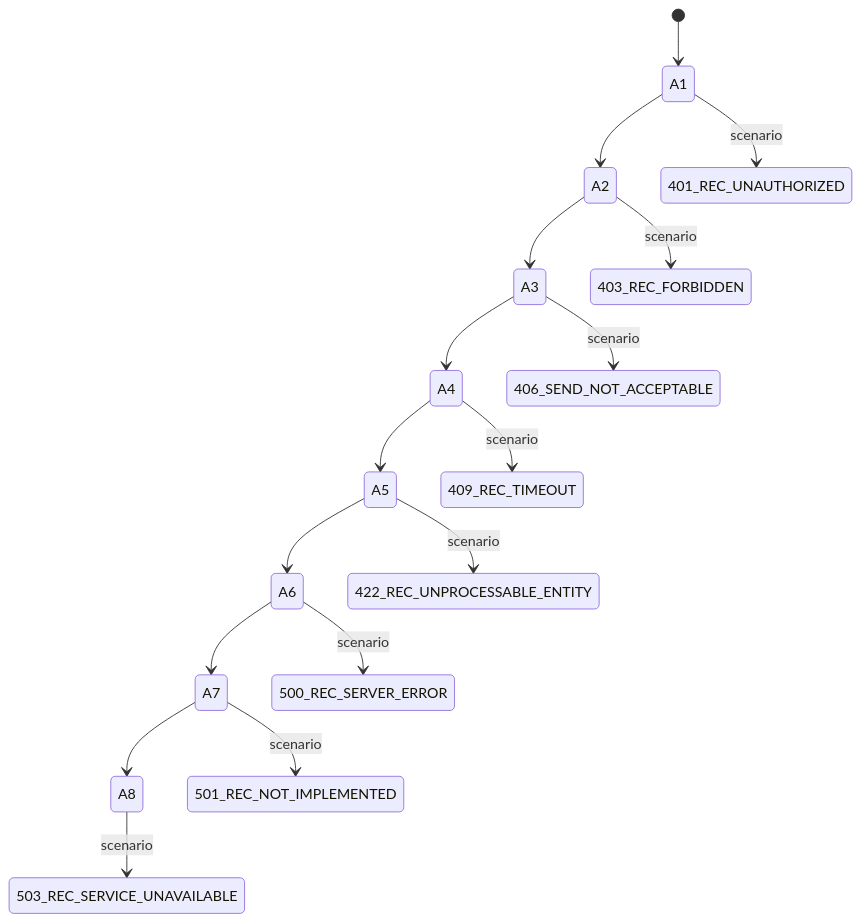
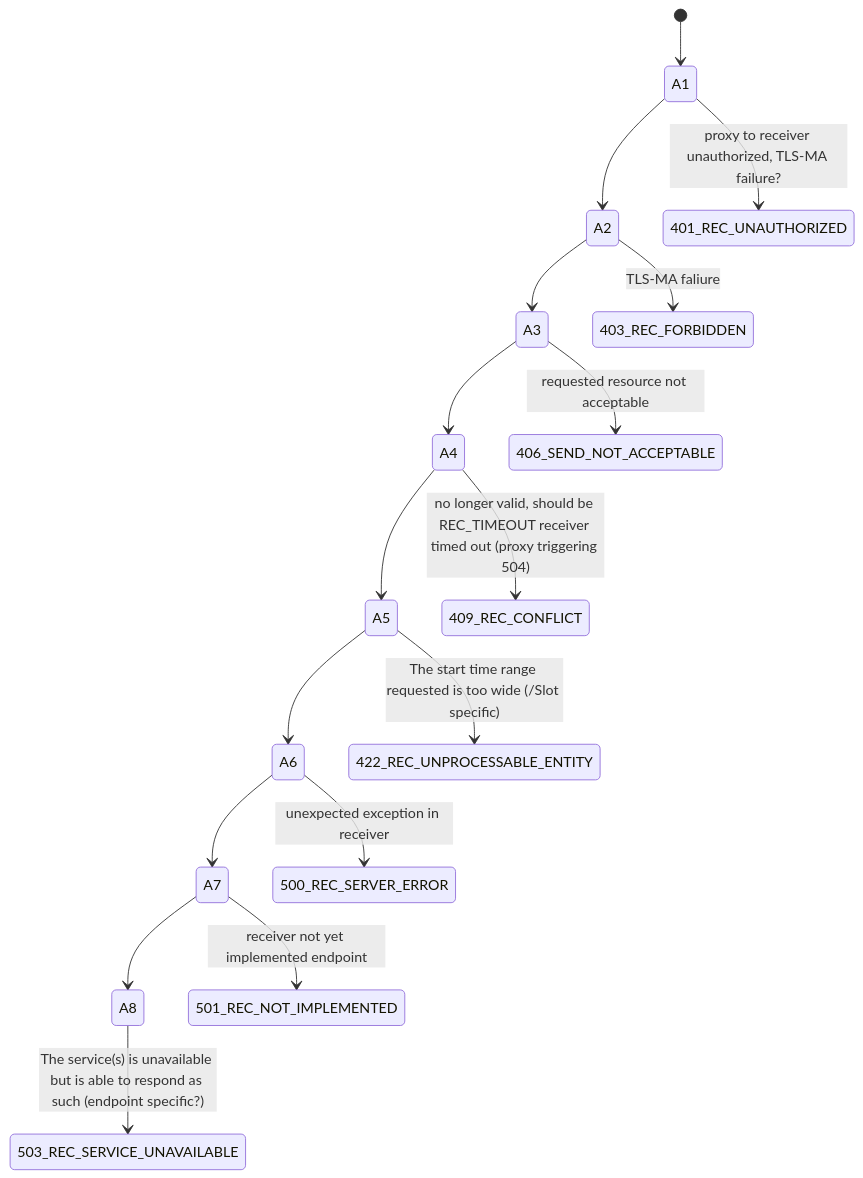
The second of 10 diagrams in specification/error-processing-flow.md (NHSDigital/booking-and-referral-fhir-api), drawn with Mermaid before and after one commit. The commit also changed other lines of this file, not shown here.

Commit message:
AMB-1297 update general errors (implemented)

````diff
--- a/specification/error-processing-flow.md
+++ b/specification/error-processing-flow.md
@@ -34,21 +34,21 @@
 ```mermaid
 stateDiagram-v2
     [*] --> A1
     A1 --> A2
     A2 --> A3
     A3 --> A4
     A4 --> A5
     A5 --> A6
     A6 --> A7
     A7 --> A8
 
 
-    A1 --> 401_REC_UNAUTHORIZED: scenario
-    A2 --> 403_REC_FORBIDDEN: scenario
-    A3 --> 406_SEND_NOT_ACCEPTABLE: scenario
-    A4 --> 409_REC_TIMEOUT: scenario
-    A5 --> 422_REC_UNPROCESSABLE_ENTITY: scenario
-    A6 --> 500_REC_SERVER_ERROR: scenario
-    A7 --> 501_REC_NOT_IMPLEMENTED : scenario
-    A8 --> 503_REC_SERVICE_UNAVAILABLE: scenario
+    A1 --> 401_REC_UNAUTHORIZED: proxy to receiver unauthorized, TLS-MA failure?
+    A2 --> 403_REC_FORBIDDEN: TLS-MA faliure
+    A3 --> 406_SEND_NOT_ACCEPTABLE: requested resource not acceptable
+    A4 --> 409_REC_CONFLICT: no longer valid, should be REC_TIMEOUT receiver timed out (proxy triggering 504)
+    A5 --> 422_REC_UNPROCESSABLE_ENTITY: The start time range requested is too wide (/Slot specific)
+    A6 --> 500_REC_SERVER_ERROR: unexpected exception in receiver 
+    A7 --> 501_REC_NOT_IMPLEMENTED : receiver not yet implemented endpoint
+    A8 --> 503_REC_SERVICE_UNAVAILABLE: The service(s) is unavailable but is able to respond as such (endpoint specific?)
 ```
````
